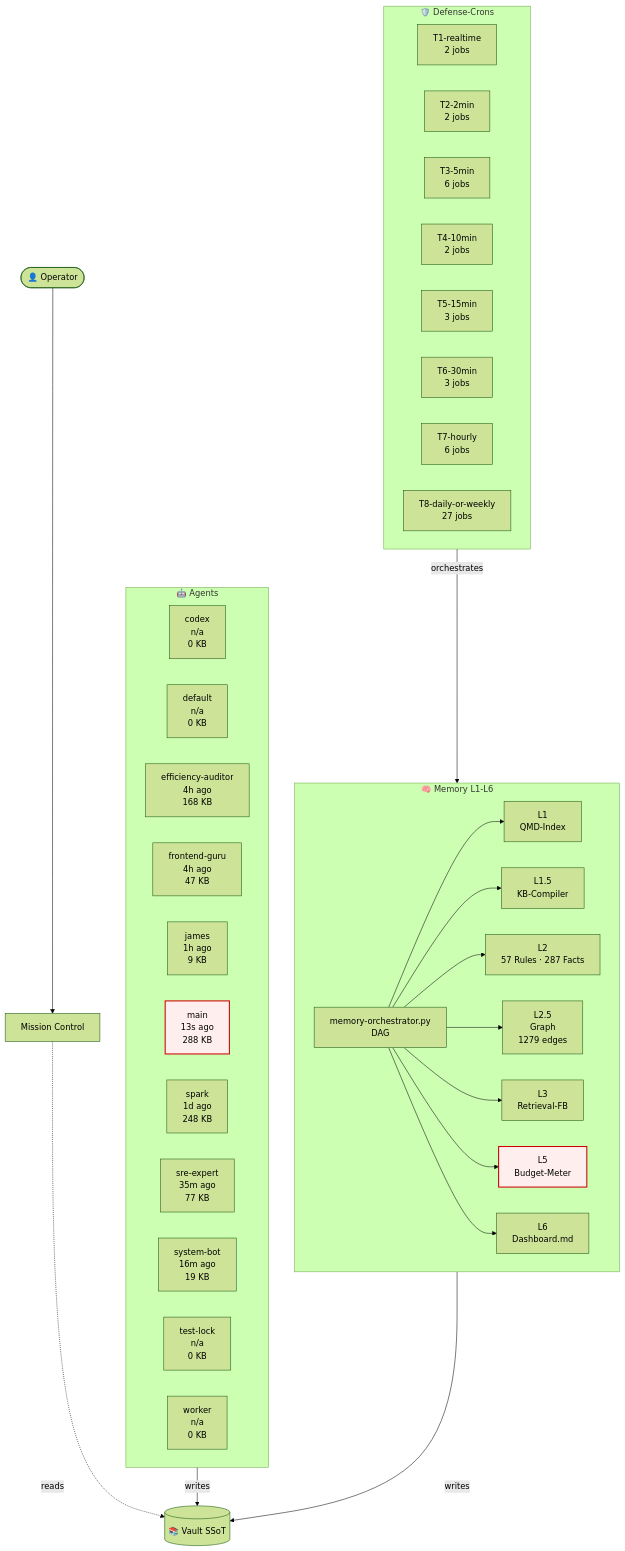
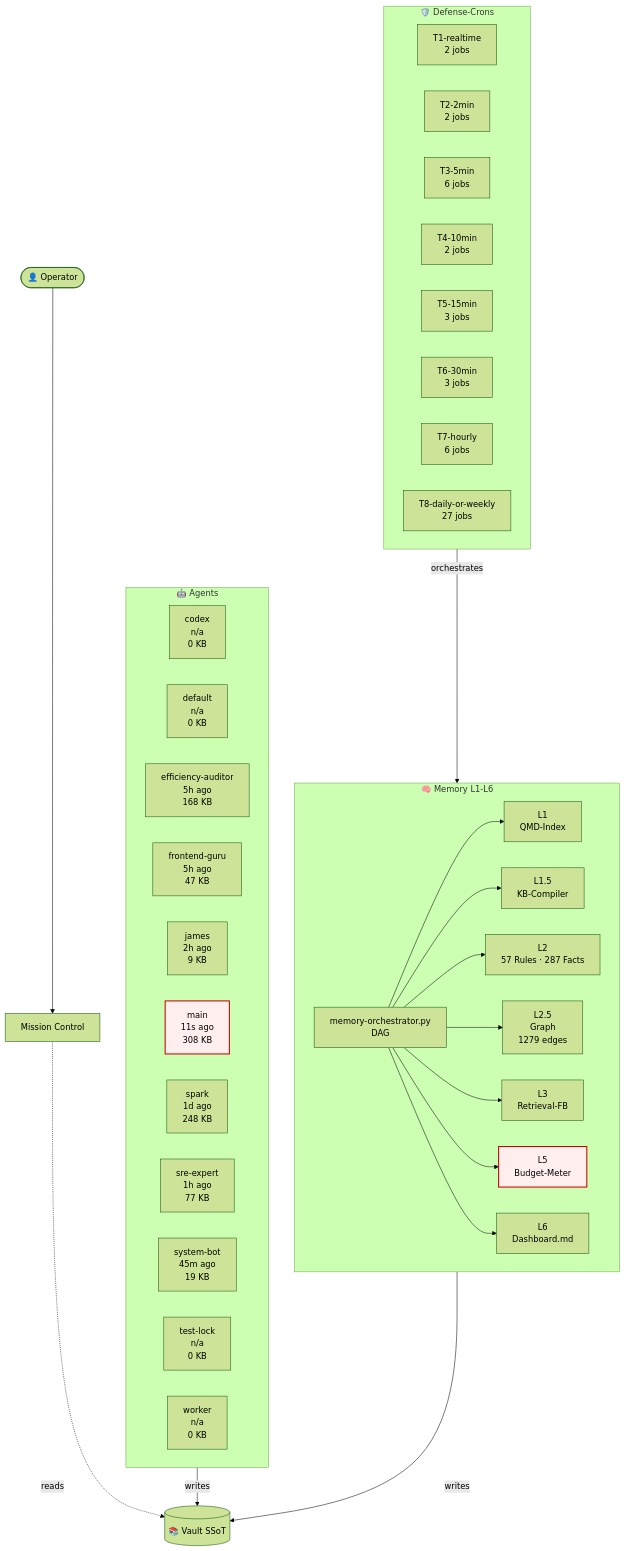
One commit to lenardhuebner88-rgb/openclaw-memory changed the diagram in 03-Agents/architecture-live.md. Above: the diagram before and after it, drawn with Mermaid (forest theme). The commit also changed other lines of this file and 1 other file, not shown here.

````diff
--- a/03-Agents/architecture-live.md
+++ b/03-Agents/architecture-live.md
@@ -18,54 +18,54 @@
 ```mermaid
 flowchart TB
     classDef critical fill:#fee,stroke:#c00,stroke-width:2px;
     subgraph AGT["🤖 Agents"]
         agent_codex["codex<br/>n/a<br/>0 KB"]
         agent_default["default<br/>n/a<br/>0 KB"]
-        agent_efficiency_auditor["efficiency-auditor<br/>4h ago<br/>168 KB"]
-        agent_frontend_guru["frontend-guru<br/>4h ago<br/>47 KB"]
-        agent_james["james<br/>1h ago<br/>9 KB"]
-        agent_main["main<br/>13s ago<br/>288 KB"]
+        agent_efficiency_auditor["efficiency-auditor<br/>5h ago<br/>168 KB"]
+        agent_frontend_guru["frontend-guru<br/>5h ago<br/>47 KB"]
+        agent_james["james<br/>2h ago<br/>9 KB"]
+        agent_main["main<br/>11s ago<br/>308 KB"]
         agent_spark["spark<br/>1d ago<br/>248 KB"]
-        agent_sre_expert["sre-expert<br/>35m ago<br/>77 KB"]
-        agent_system_bot["system-bot<br/>16m ago<br/>19 KB"]
+        agent_sre_expert["sre-expert<br/>1h ago<br/>77 KB"]
+        agent_system_bot["system-bot<br/>45m ago<br/>19 KB"]
         agent_test_lock["test-lock<br/>n/a<br/>0 KB"]
         agent_worker["worker<br/>n/a<br/>0 KB"]
     end
     subgraph MEM["🧠 Memory L1-L6"]
         L1["L1<br/>QMD-Index"]
         L15["L1.5<br/>KB-Compiler"]
         L2["L2<br/>57 Rules · 287 Facts"]
         L25["L2.5<br/>Graph<br/>1279 edges"]
         L3["L3<br/>Retrieval-FB"]
         L5["L5<br/>Budget-Meter"]
         L6["L6<br/>Dashboard.md"]
         ORCH["memory-orchestrator.py<br/>DAG"]
     end
     subgraph CRN["🛡️ Defense-Crons"]
         tier_T1_realtime["T1-realtime<br/>2 jobs"]
         tier_T2_2min["T2-2min<br/>2 jobs"]
         tier_T3_5min["T3-5min<br/>6 jobs"]
         tier_T4_10min["T4-10min<br/>2 jobs"]
         tier_T5_15min["T5-15min<br/>3 jobs"]
         tier_T6_30min["T6-30min<br/>3 jobs"]
         tier_T7_hourly["T7-hourly<br/>6 jobs"]
         tier_T8_daily_or_weekly["T8-daily-or-weekly<br/>27 jobs"]
     end
     VAULT[("📚 Vault SSoT")]
     OP([👤 Operator])
     MC["Mission Control"]
     OP --> MC
     MC -.reads.-> VAULT
     AGT -->|writes| VAULT
     MEM -->|writes| VAULT
     ORCH --> L1
     ORCH --> L15
     ORCH --> L2
     ORCH --> L25
     ORCH --> L3
     ORCH --> L5
     ORCH --> L6
     CRN -->|orchestrates| MEM
     class L5 critical
     class agent_main critical
 ```
````
